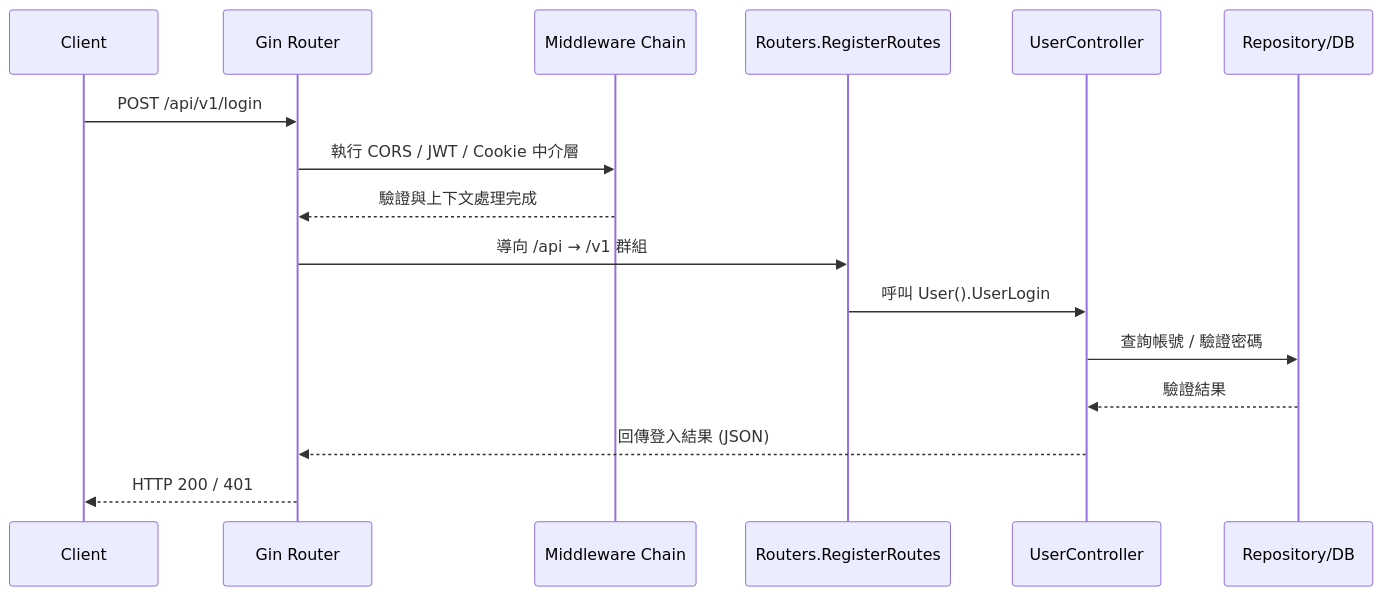
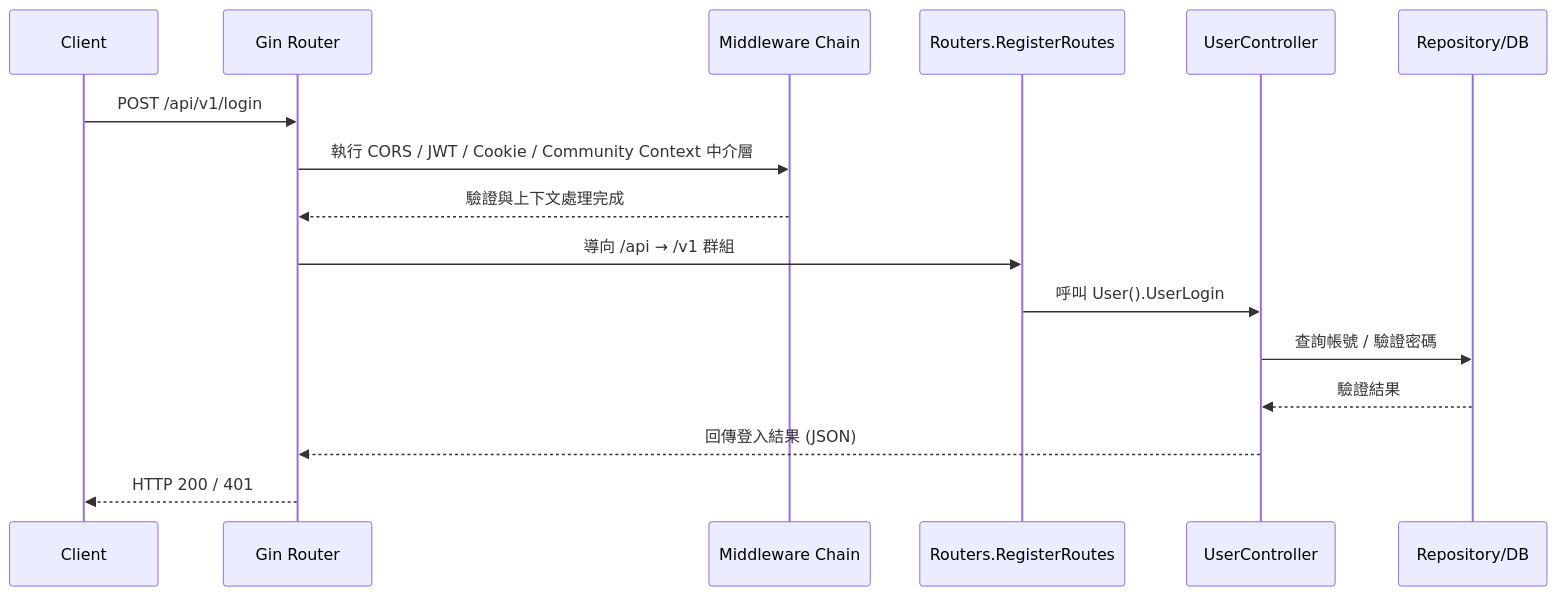
One commit to kentlin0919/Community_Notification_System changed the diagram in docs/architecture/router_flow.md. Above: the diagram before and after it, drawn with Mermaid. The commit also changed other lines of this file and 16 other files, not shown here.

````diff
--- a/docs/architecture/router_flow.md
+++ b/docs/architecture/router_flow.md
@@ -32,19 +42,19 @@
 ```mermaid
 sequenceDiagram
     participant Client
     participant Gin as Gin Router
     participant MW as Middleware Chain
     participant Router as Routers.RegisterRoutes
     participant Ctrl as UserController
     participant Repo as Repository/DB
 
     Client->>Gin: POST /api/v1/login
-    Gin->>MW: 執行 CORS / JWT / Cookie 中介層
+    Gin->>MW: 執行 CORS / JWT / Cookie / Community Context 中介層
     MW-->>Gin: 驗證與上下文處理完成
     Gin->>Router: 導向 /api → /v1 群組
     Router->>Ctrl: 呼叫 User().UserLogin
     Ctrl->>Repo: 查詢帳號 / 驗證密碼
     Repo-->>Ctrl: 驗證結果
     Ctrl-->>Gin: 回傳登入結果 (JSON)
     Gin-->>Client: HTTP 200 / 401
 ```
````
